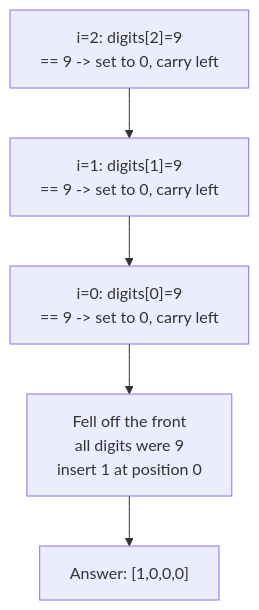
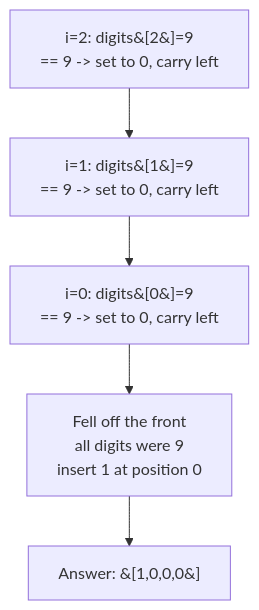
One commit to Aryan-Jadon18/dsa-placement-prep changed the diagram in topics/17-math-geometry/02-plus-one/README.md. Above: the diagram before and after it, drawn with Mermaid. The commit also changed 52 other files, not shown here.

First line of the commit message:
Fix Mermaid diagrams not rendering on GitHub

````diff
--- a/topics/17-math-geometry/02-plus-one/README.md
+++ b/topics/17-math-geometry/02-plus-one/README.md
@@ -55,7 +55,7 @@
 ```mermaid
 flowchart TD
-    A["i=2: digits[2]=9<br/>== 9 -> set to 0, carry left"] --> B["i=1: digits[1]=9<br/>== 9 -> set to 0, carry left"]
-    B --> C["i=0: digits[0]=9<br/>== 9 -> set to 0, carry left"]
+    A["i=2: digits&#91;2&#93;=9<br/>== 9 -> set to 0, carry left"] --> B["i=1: digits&#91;1&#93;=9<br/>== 9 -> set to 0, carry left"]
+    B --> C["i=0: digits&#91;0&#93;=9<br/>== 9 -> set to 0, carry left"]
     C --> D["Fell off the front<br/>all digits were 9<br/>insert 1 at position 0"]
-    D --> E["Answer: [1,0,0,0]"]
+    D --> E["Answer: &#91;1,0,0,0&#93;"]
 ```
````
